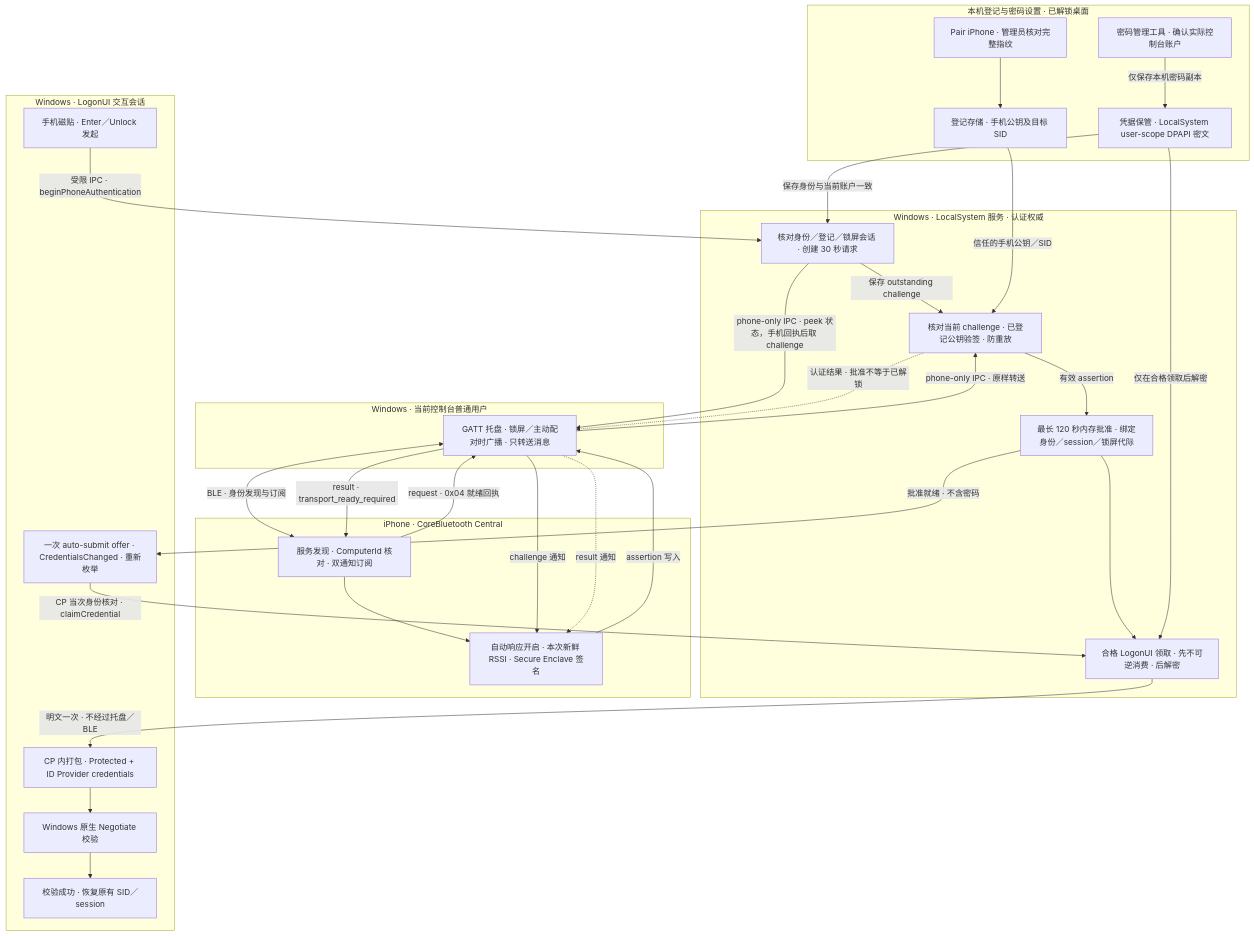
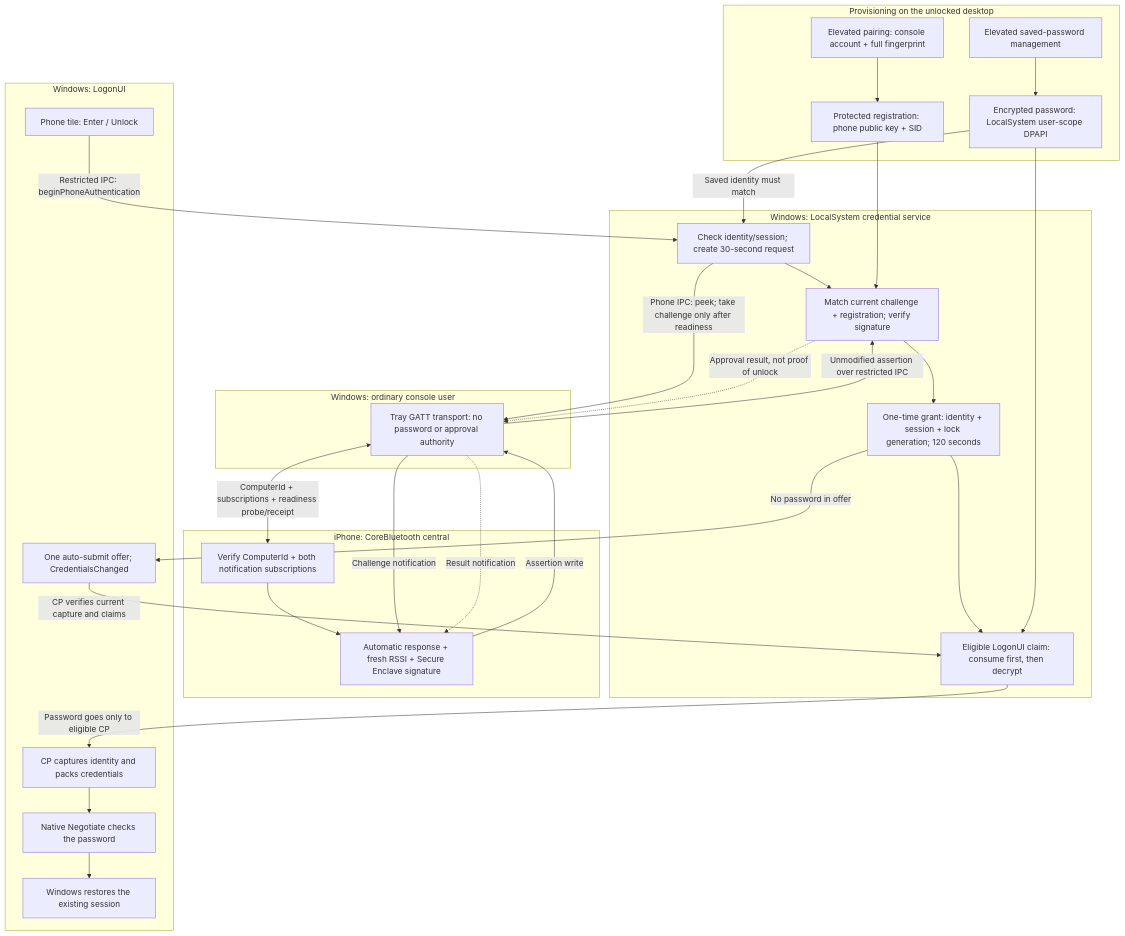
One commit to dennis6481/unlock-windows-with-iphone changed the diagram in Protocol.md. Above: the diagram before and after it, drawn with Mermaid. The commit also changed other lines of this file and 15 other files, not shown here.

````diff
--- a/Protocol.md
+++ b/Protocol.md
@@ -11,57 +11,48 @@
 ```mermaid
 flowchart TB
-    subgraph Provisioning["本机登记与密码设置 · 已解锁桌面"]
-        Pair["Pair iPhone · 管理员核对完整指纹"]
-        Registry["登记存储 · 手机公钥及目标 SID"]
-        Manager["密码管理工具 · 确认实际控制台账户"]
-        Vault["凭据保管 · LocalSystem user-scope DPAPI 密文"]
-        Pair --> Registry
-        Manager -->|"仅保存本机密码副本"| Vault
+    subgraph Provisioning["Provisioning on the unlocked desktop"]
+        Pair["Elevated pairing: console account + full fingerprint"]
+        Registration["Protected registration: phone public key + SID"]
+        Manager["Elevated saved-password management"]
+        Vault["Encrypted password: LocalSystem user-scope DPAPI"]
+        Pair --> Registration
+        Manager --> Vault
     end
-
-    subgraph Phone["iPhone · CoreBluetooth Central"]
-        Identity["服务发现 · ComputerId 核对 · 双通知订阅"]
-        Sign["自动响应开启 · 本次新鲜 RSSI · Secure Enclave 签名"]
-        Identity --> Sign
+    subgraph Phone["iPhone: CoreBluetooth central"]
+        Ready["Verify ComputerId + both notification subscriptions"]
+        Sign["Automatic response + fresh RSSI + Secure Enclave signature"]
+        Ready --> Sign
     end
-
-    subgraph Desktop["Windows · 当前控制台普通用户"]
-        Tray["GATT 托盘 · 锁屏／主动配对时广播 · 只转送消息"]
+    subgraph Desktop["Windows: ordinary console user"]
+        Tray["Tray GATT transport: no password or approval authority"]
     end
-
-    subgraph Authority["Windows · LocalSystem 服务 · 认证权威"]
-        Request["核对身份／登记／锁屏会话 · 创建 30 秒请求"]
-        Verify["核对当前 challenge · 已登记公钥验签 · 防重放"]
-        Grant["最长 120 秒内存批准 · 绑定身份／session／锁屏代际"]
-        Claim["合格 LogonUI 领取 · 先不可逆消费 · 后解密"]
-        Request -->|"保存 outstanding challenge"| Verify
-        Verify -->|"有效 assertion"| Grant
-        Grant --> Claim
+    subgraph Authority["Windows: LocalSystem credential service"]
+        Request["Check identity/session; create 30-second request"]
+        Verify["Match current challenge + registration; verify signature"]
+        Grant["One-time grant: identity + session + lock generation; 120 seconds"]
+        Claim["Eligible LogonUI claim: consume first, then decrypt"]
+        Request --> Verify --> Grant --> Claim
     end
-
-    subgraph Logon["Windows · LogonUI 交互会话"]
-        Tile["手机磁贴 · Enter／Unlock 发起"]
-        Refresh["一次 auto-submit offer · CredentialsChanged · 重新枚举"]
-        Pack["CP 内打包 · Protected + ID Provider credentials"]
-        Negotiate["Windows 原生 Negotiate 校验"]
-        Session["校验成功 · 恢复原有 SID／session"]
-        Pack --> Negotiate --> Session
+    subgraph Logon["Windows: LogonUI"]
+        Tile["Phone tile: Enter / Unlock"]
+        Offer["One auto-submit offer; CredentialsChanged"]
+        Pack["CP captures identity and packs credentials"]
+        Native["Native Negotiate checks the password"]
+        Session["Windows restores the existing session"]
+        Pack --> Native --> Session
     end
-
-    Tray <-->|"BLE · 身份发现与订阅"| Identity
-    Tile -->|"受限 IPC · beginPhoneAuthentication"| Request
-    Request -->|"phone-only IPC · peek 状态，手机回执后取 challenge"| Tray
-    Tray -->|"result · transport_ready_required"| Identity
-    Identity -->|"request · 0x04 就绪回执"| Tray
-    Tray -->|"challenge 通知"| Sign
-    Sign -->|"assertion 写入"| Tray
-    Tray -->|"phone-only IPC · 原样转送"| Verify
-    Registry -->|"信任的手机公钥／SID"| Verify
-    Vault -->|"保存身份与当前账户一致"| Request
-    Grant -->|"批准就绪 · 不含密码"| Refresh
-    Refresh -->|"CP 当次身份核对 · claimCredential"| Claim
-    Vault -->|"仅在合格领取后解密"| Claim
-    Claim -->|"明文一次 · 不经过托盘／BLE"| Pack
-    Verify -.->|"认证结果 · 批准不等于已解锁"| Tray
-    Tray -.->|"result 通知"| Sign
+    Tile -->|"Restricted IPC: beginPhoneAuthentication"| Request
+    Request -->|"Phone IPC: peek; take challenge only after readiness"| Tray
+    Tray <-->|"ComputerId + subscriptions + readiness probe/receipt"| Ready
+    Tray -->|"Challenge notification"| Sign
+    Sign -->|"Assertion write"| Tray
+    Tray -->|"Unmodified assertion over restricted IPC"| Verify
+    Registration --> Verify
+    Vault -->|"Saved identity must match"| Request
+    Grant -->|"No password in offer"| Offer
+    Offer -->|"CP verifies current capture and claims"| Claim
+    Vault --> Claim
+    Claim -->|"Password goes only to eligible CP"| Pack
+    Verify -.->|"Approval result, not proof of unlock"| Tray
+    Tray -.->|"Result notification"| Sign
 ```
````
